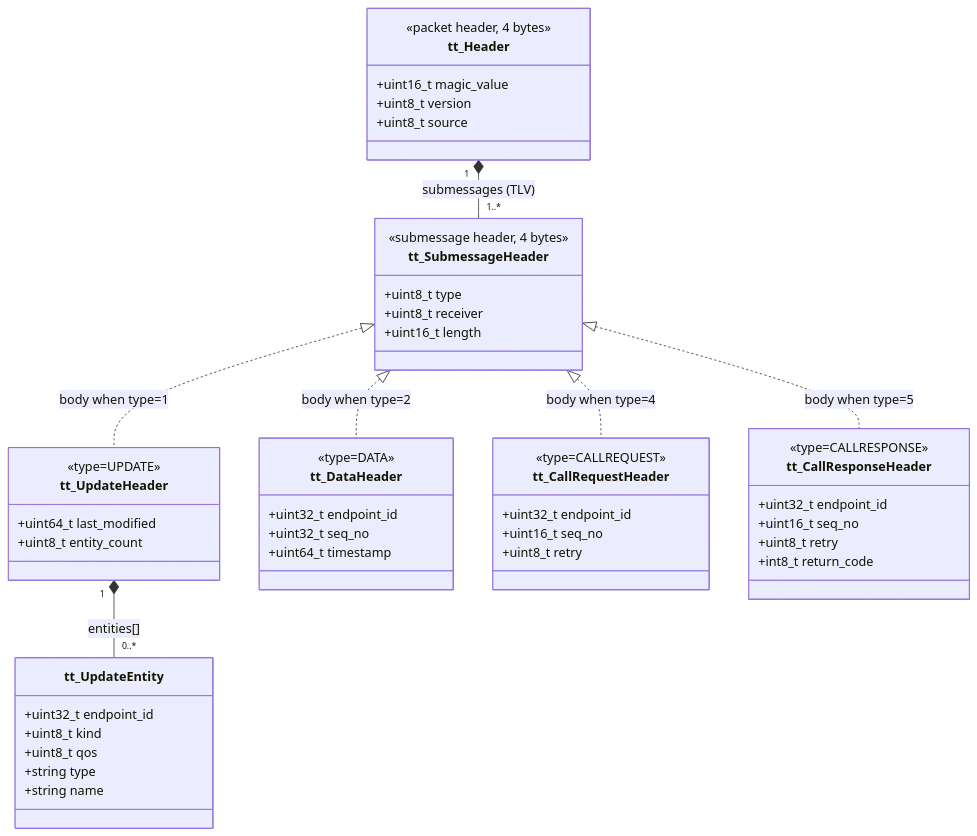
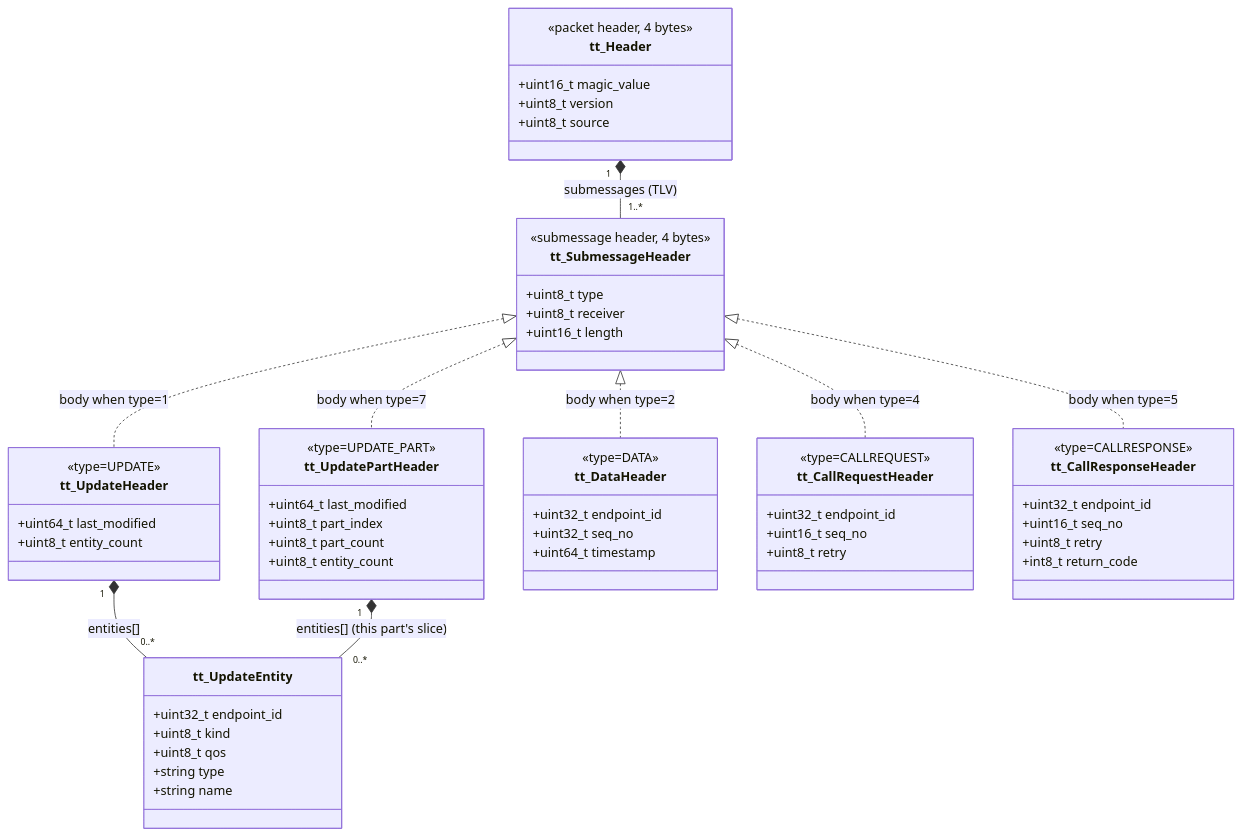
The second of 4 diagrams in DESIGN.md (tsnlab/tickle), drawn with Mermaid before and after one commit. The commit also changed other lines of this file and 5 other files, not shown here.

````diff
--- a/DESIGN.md
+++ b/DESIGN.md
@@ -132,59 +132,69 @@
 ```mermaid
 classDiagram
     class tt_Header {
         <<packet header, 4 bytes>>
         +uint16_t magic_value
         +uint8_t version
         +uint8_t source
     }
 
     class tt_SubmessageHeader {
         <<submessage header, 4 bytes>>
         +uint8_t type
         +uint8_t receiver
         +uint16_t length
     }
 
     class tt_UpdateHeader {
         <<type=UPDATE>>
         +uint64_t last_modified
+        +uint8_t entity_count
+    }
+
+    class tt_UpdatePartHeader {
+        <<type=UPDATE_PART>>
+        +uint64_t last_modified
+        +uint8_t part_index
+        +uint8_t part_count
         +uint8_t entity_count
     }
 
     class tt_UpdateEntity {
         +uint32_t endpoint_id
         +uint8_t kind
         +uint8_t qos
         +string type
         +string name
     }
 
     class tt_DataHeader {
         <<type=DATA>>
         +uint32_t endpoint_id
         +uint32_t seq_no
         +uint64_t timestamp
     }
 
     class tt_CallRequestHeader {
         <<type=CALLREQUEST>>
         +uint32_t endpoint_id
         +uint16_t seq_no
         +uint8_t retry
     }
 
     class tt_CallResponseHeader {
         <<type=CALLRESPONSE>>
         +uint32_t endpoint_id
         +uint16_t seq_no
         +uint8_t retry
         +int8_t return_code
     }
 
     tt_Header "1" *-- "1..*" tt_SubmessageHeader : submessages (TLV)
     tt_SubmessageHeader <|.. tt_UpdateHeader : body when type=1
     tt_SubmessageHeader <|.. tt_DataHeader : body when type=2
     tt_SubmessageHeader <|.. tt_CallRequestHeader : body when type=4
     tt_SubmessageHeader <|.. tt_CallResponseHeader : body when type=5
+    tt_SubmessageHeader <|.. tt_UpdatePartHeader : body when type=7
     tt_UpdateHeader "1" *-- "0..*" tt_UpdateEntity : entities[]
+    tt_UpdatePartHeader "1" *-- "0..*" tt_UpdateEntity : entities[] (this part's slice)
 ```
````
